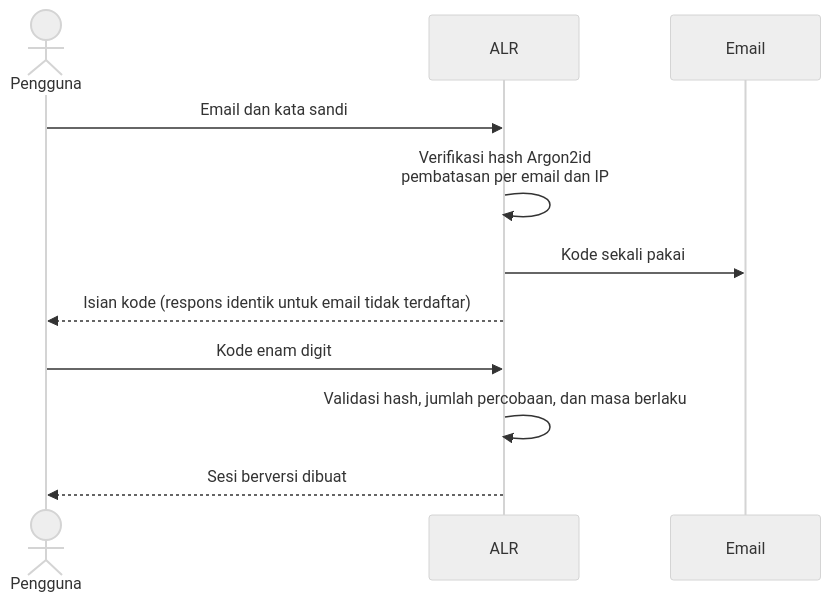
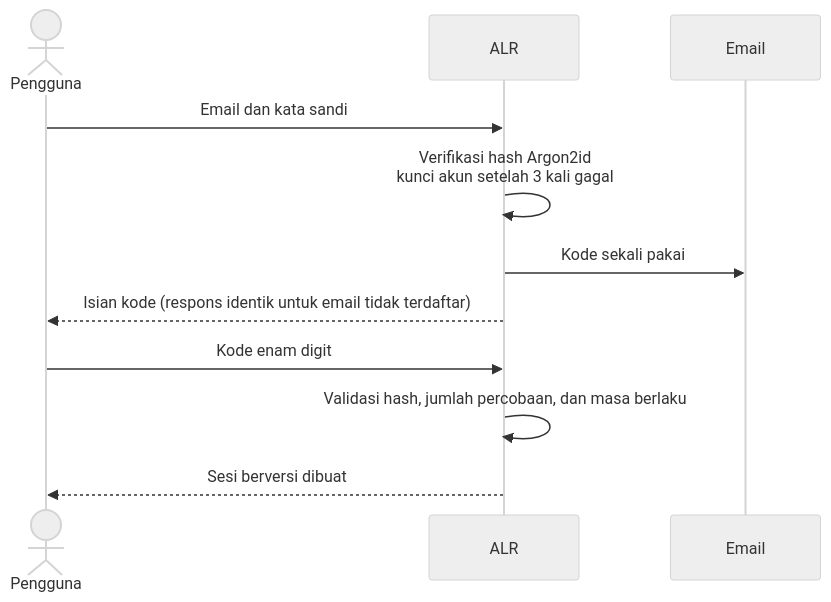
The fifth of 8 diagrams in .github/README.id.md (Masbismaa/mtoa_alr), drawn with Mermaid (neutral theme) before and after one commit. The commit also changed other lines of this file and 2 other files, not shown here.

````diff
--- a/.github/README.id.md
+++ b/.github/README.id.md
@@ -486,13 +488,13 @@
 ```mermaid
 sequenceDiagram
     actor U as Pengguna
     participant A as ALR
     participant E as Email
     U->>A: Email dan kata sandi
-    A->>A: Verifikasi hash Argon2id<br/>pembatasan per email dan IP
+    A->>A: Verifikasi hash Argon2id<br/>kunci akun setelah 3 kali gagal
     A->>E: Kode sekali pakai
     A-->>U: Isian kode (respons identik untuk email tidak terdaftar)
     U->>A: Kode enam digit
     A->>A: Validasi hash, jumlah percobaan, dan masa berlaku
     A-->>U: Sesi berversi dibuat
 ```
````
